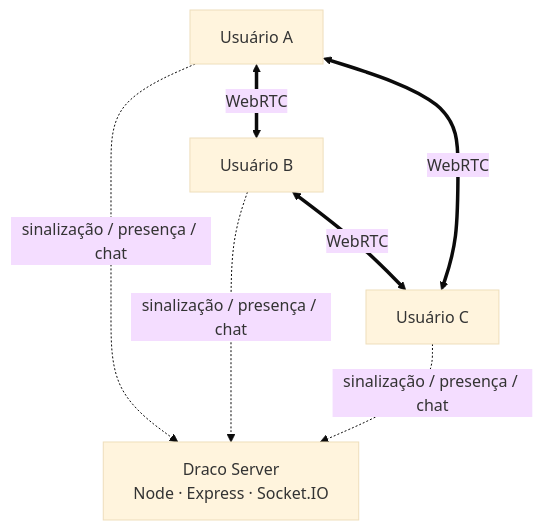
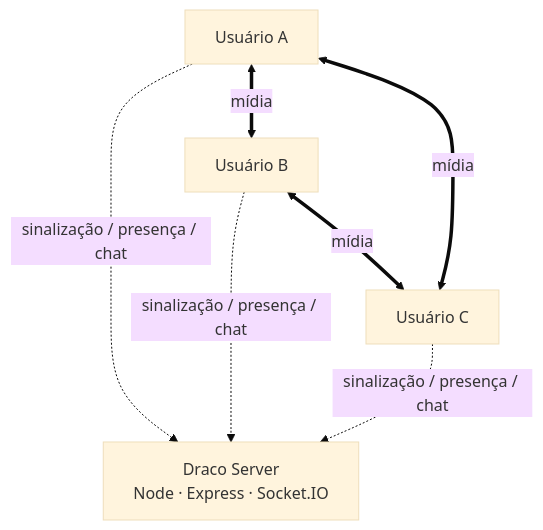
Before and after one commit to cesar1014/draco: the first of 2 diagrams in README.md, drawn with Mermaid (base theme). The commit also changed other lines of this file and 1 other file, not shown here.

First line of the commit message:
Documenta a mídia por servidor e a qualidade adaptativa

````diff
--- a/README.md
+++ b/README.md
@@ -156,15 +137,15 @@
 ```mermaid
 flowchart TB
     SERVER["Draco Server<br/>Node · Express · Socket.IO"]
     A["Usuário A"]
     B["Usuário B"]
     C["Usuário C"]
 
     A -. "sinalização / presença / chat" .-> SERVER
     B -. "sinalização / presença / chat" .-> SERVER
     C -. "sinalização / presença / chat" .-> SERVER
 
-    A <== "WebRTC" ==> B
-    A <== "WebRTC" ==> C
-    B <== "WebRTC" ==> C
+    A <== "mídia" ==> B
+    A <== "mídia" ==> C
+    B <== "mídia" ==> C
 ```
````
